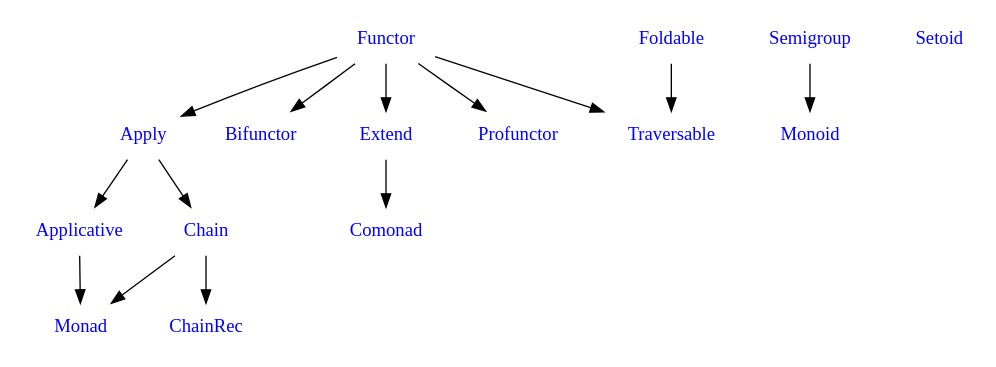
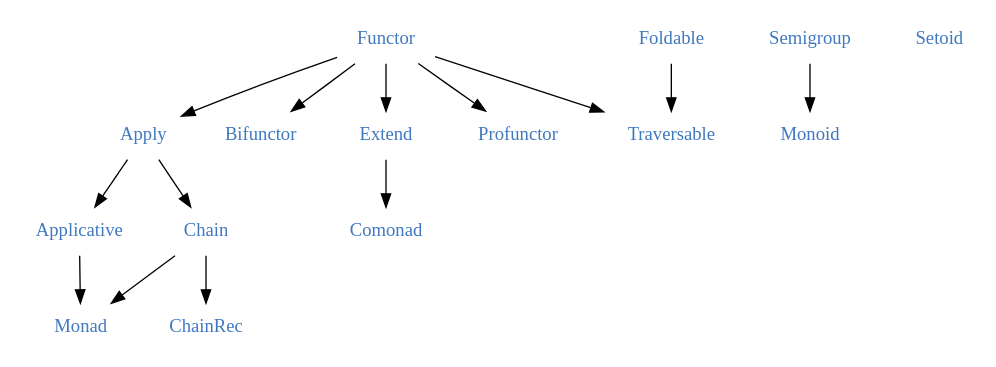
One commit to fantasyland/fantasy-land changed the diagram in figures/dependencies.dot. Above: the diagram before and after it, drawn with Graphviz. The commit also changed 1 other file, not shown here.

```diff
--- a/figures/dependencies.dot
+++ b/figures/dependencies.dot
@@ -1,35 +1,35 @@
 digraph {
-  node [fontcolor=blue;shape=plaintext]
+  node [fontcolor="#4078c0";shape=plaintext]
 
   # Algebras
   Applicative [URL="#applicative"];
   Apply [URL="#apply"];
   Bifunctor [URL="#bifunctor"];
   Chain [URL="#chain"];
   ChainRec [URL="#chainrec"];
   Comonad [URL="#comonad"];
   Extend [URL="#extend"];
   Foldable [URL="#foldable"];
   Functor [URL="#functor"];
   Monad [URL="#monad"];
   Monoid [URL="#monoid"];
   Profunctor [URL="#profunctor"];
   Semigroup [URL="#semigroup"];
   Setoid [URL="#setoid"];
   Traversable [URL="#traversable"];
 
   # Dependencies
   Applicative -> Monad;
   Apply -> Applicative;
   Apply -> Chain;
   Chain -> ChainRec;
   Chain -> Monad;
   Extend -> Comonad;
   Foldable -> Traversable;
   Functor -> Apply;
   Functor -> Bifunctor;
   Functor -> Extend;
   Functor -> Profunctor;
   Functor -> Traversable;
   Semigroup -> Monoid;
 }
```
